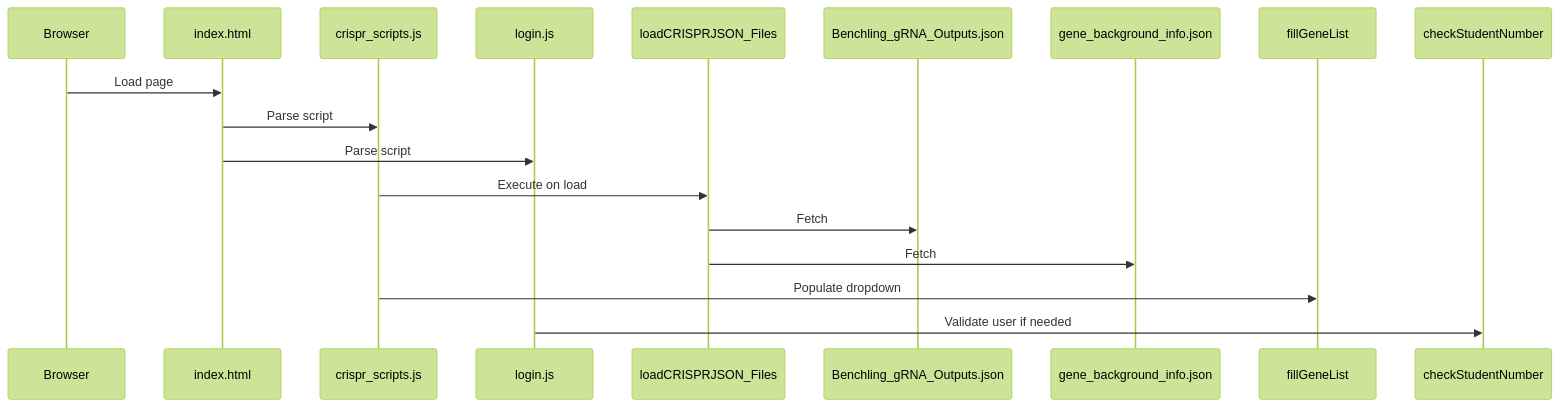
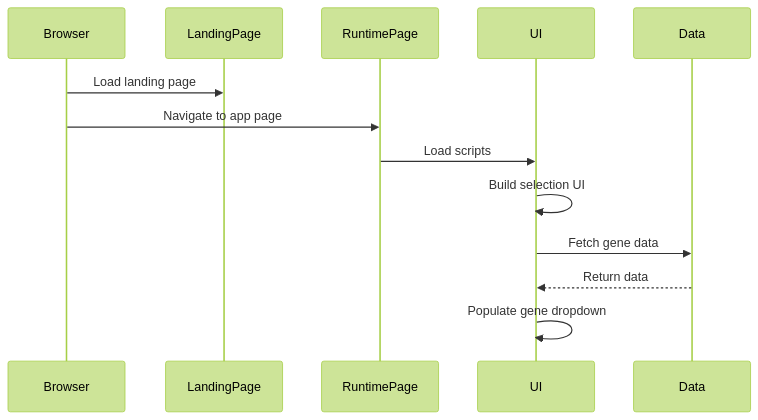
Before and after one commit to AlexJSully/SciGrade: the second of 5 diagrams in docs/architecture/index.md, drawn with Mermaid (forest theme). The commit also changed other lines of this file and 15 other files, not shown here.

````diff
--- a/docs/architecture/index.md
+++ b/docs/architecture/index.md
@@ -127,11 +130,10 @@
 ```mermaid
 sequenceDiagram
-    Browser->>index.html: Load page
-    index.html->>crispr_scripts.js: Parse script
-    index.html->>login.js: Parse script
-    crispr_scripts.js->>loadCRISPRJSON_Files: Execute on load
-    loadCRISPRJSON_Files->>Benchling_gRNA_Outputs.json: Fetch
-    loadCRISPRJSON_Files->>gene_background_info.json: Fetch
-    crispr_scripts.js->>fillGeneList: Populate dropdown
-    login.js->>checkStudentNumber: Validate user if needed
+    Browser->>LandingPage: Load landing page
+    Browser->>RuntimePage: Navigate to app page
+    RuntimePage->>UI: Load scripts
+    UI->>UI: Build selection UI
+    UI->>Data: Fetch gene data
+    Data-->>UI: Return data
+    UI->>UI: Populate gene dropdown
 ```
````
